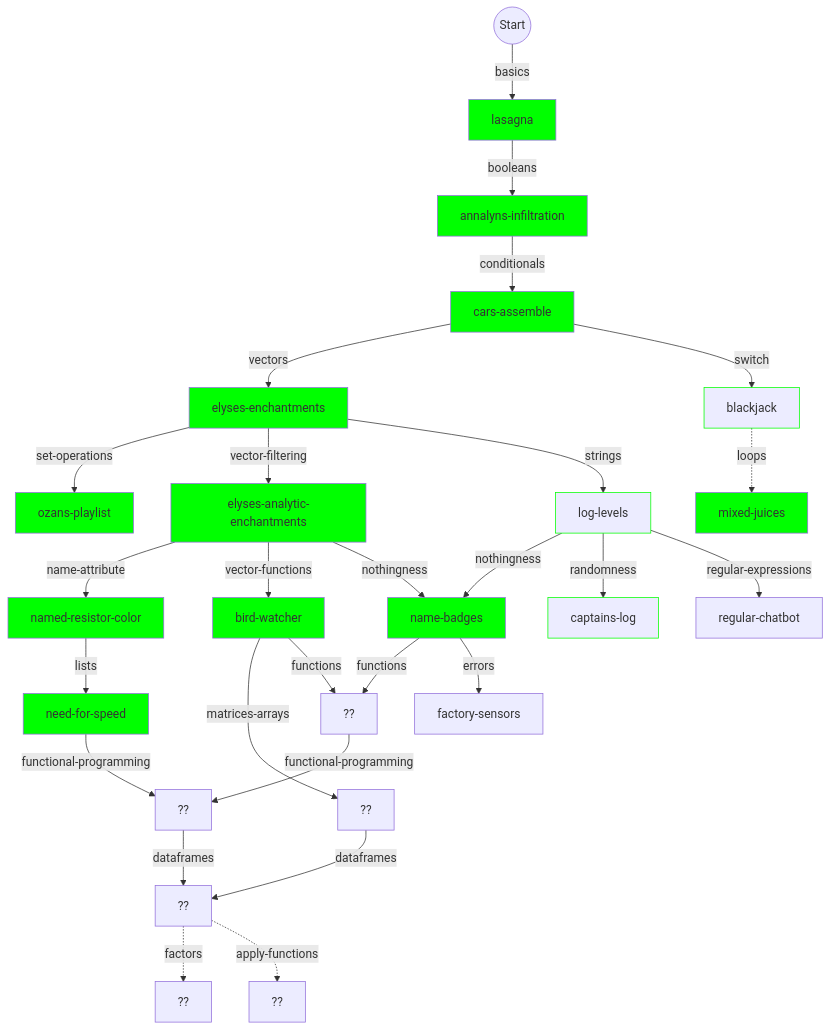
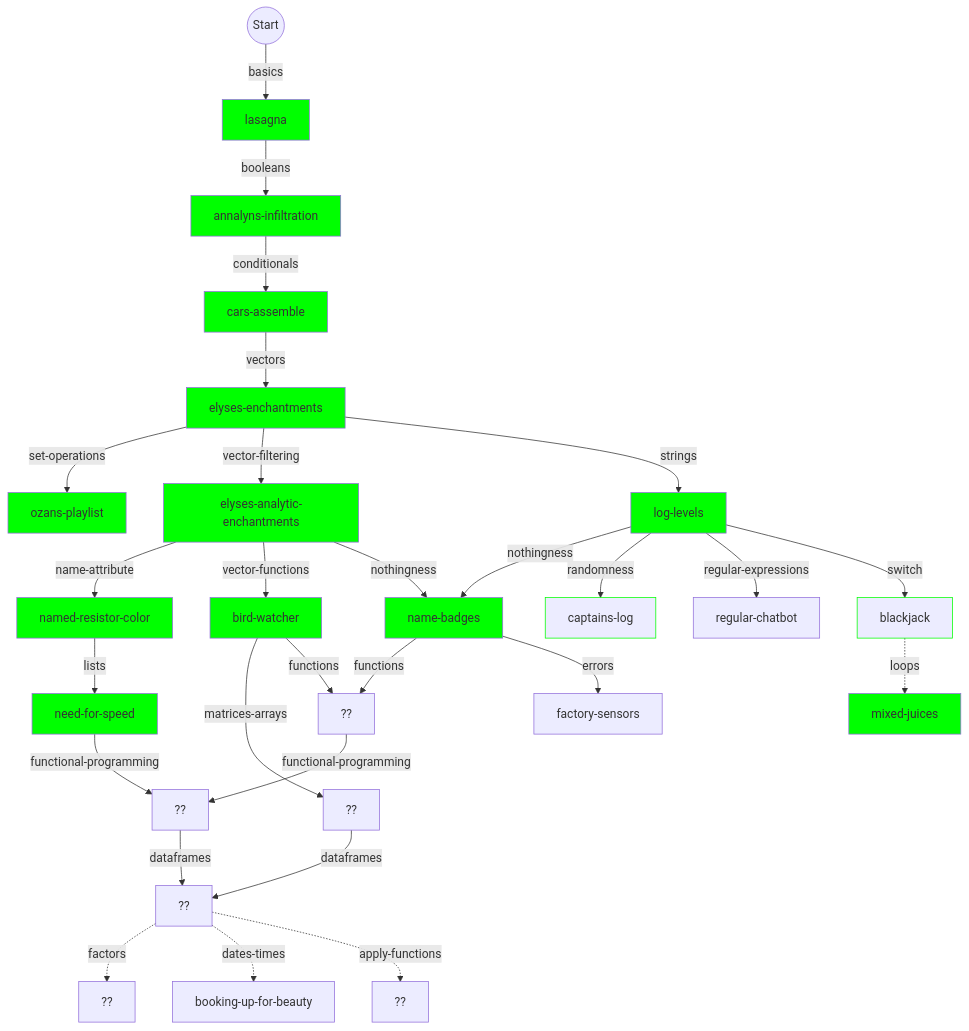
One commit to colinleach/learning-track-doodles changed the first of 2 diagrams in r/flowchart.md. Above: the diagram before and after it, drawn with Mermaid. The commit also changed 15 other files, not shown here.

````diff
--- a/r/flowchart.md
+++ b/r/flowchart.md
@@ -10,68 +10,70 @@
 ```mermaid
 graph TD
     
 start(("Start")) --basics--> basics["lasagna"]
 style basics fill:#0f0
 
 basics --booleans--> booleans["annalyns-infiltration"]
 style booleans fill:#0f0
 
 booleans --conditionals--> conditionals["cars-assemble"]
 style conditionals fill:#0f0
 
 conditionals --vectors--> vectors["elyses-enchantments"]
 style vectors fill:#0f0
 
 switch -.loops.-> loops["mixed-juices"]
 style loops fill:#0f0
 
-conditionals --switch--> switch["blackjack"]
-style switch stroke:#0f0
-
 vectors --set-operations--> set-operations["ozans-playlist"]
 style set-operations fill:#0f0
 
 name-attribute --lists--> lists["need-for-speed"]
 style lists fill:#0f0
 
 vectors --vector-filtering--> vector-filtering["elyses-analytic-enchantments"]
 style vector-filtering fill:#0f0
 
 vector-filtering --name-attribute--> name-attribute["named-resistor-color"]
 style name-attribute fill:#0f0
 
 vector-filtering --vector-functions--> vector-functions["bird-watcher"]
 style vector-functions fill:#0f0
 
 vectors --strings--> strings["log-levels"]
-style strings stroke:#0f0
+style strings fill:#0f0
 
 vector-filtering --nothingness--> nothingness["name-badges"]
 strings --nothingness--> nothingness["name-badges"]
 style nothingness fill:#0f0
 
 strings --randomness--> randomness["captains-log"]
 style randomness stroke:#0f0
 
 strings --regular-expressions--> regular-expressions["regular-chatbot"]
+
+strings --switch--> switch["blackjack"]
+style switch stroke:#0f0
 
 lists --functional-programming--> functional-programming["??"]
 
 functions --functional-programming--> functional-programming["??"]
 
 vector-functions --matrices-arrays--> matrices-arrays["??"]
 
 functional-programming --dataframes--> dataframes["??"]
 
 matrices-arrays --dataframes--> dataframes
 
 dataframes -.factors.-> factors["??"]
 
+dataframes -.dates-times.-> dates-times["booking-up-for-beauty"]
+
 dataframes -.apply-functions.-> apply-functions["??"]
 
 vector-functions --functions--> functions["??"]
 nothingness --functions--> functions["??"]
 
 nothingness --errors--> errors["factory-sensors "]
 
 ```
````
